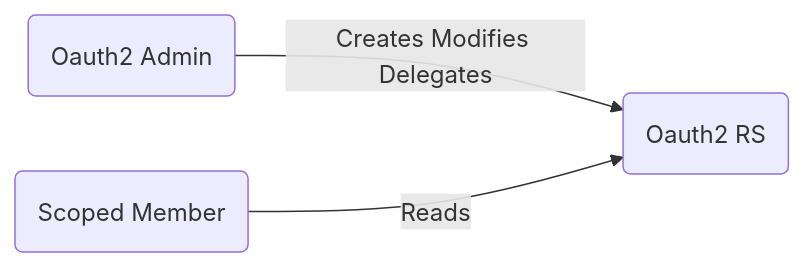
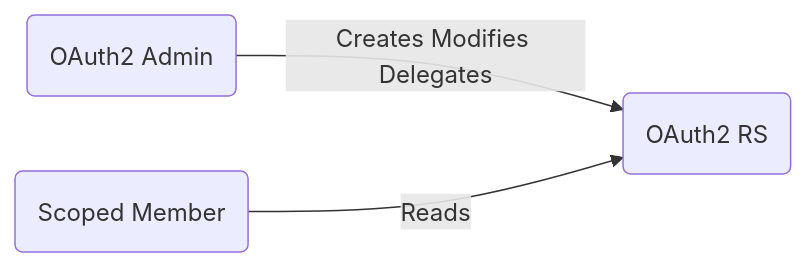
The ninth of 12 diagrams in book/src/developers/designs/access_control_defaults.md (kanidm/kanidm), drawn with Mermaid before and after one commit. The commit also changed other lines of this file and 38 other files, not shown here.

````diff
--- a/book/src/developers/designs/access_control_defaults.md
+++ b/book/src/developers/designs/access_control_defaults.md
@@ -131,6 +131,6 @@
 ```mermaid
 graph LR
 
-Oauth2Admin("Oauth2 Admin") --> |"Creates Modifies Delegates"| Oauth2RS("Oauth2 RS")
-ScopedMember("Scoped Member") --> |"Reads"| Oauth2RS
+OAuth2Admin("OAuth2 Admin") --> |"Creates Modifies Delegates"| OAuth2RS("OAuth2 RS")
+ScopedMember("Scoped Member") --> |"Reads"| OAuth2RS
 ```
````
